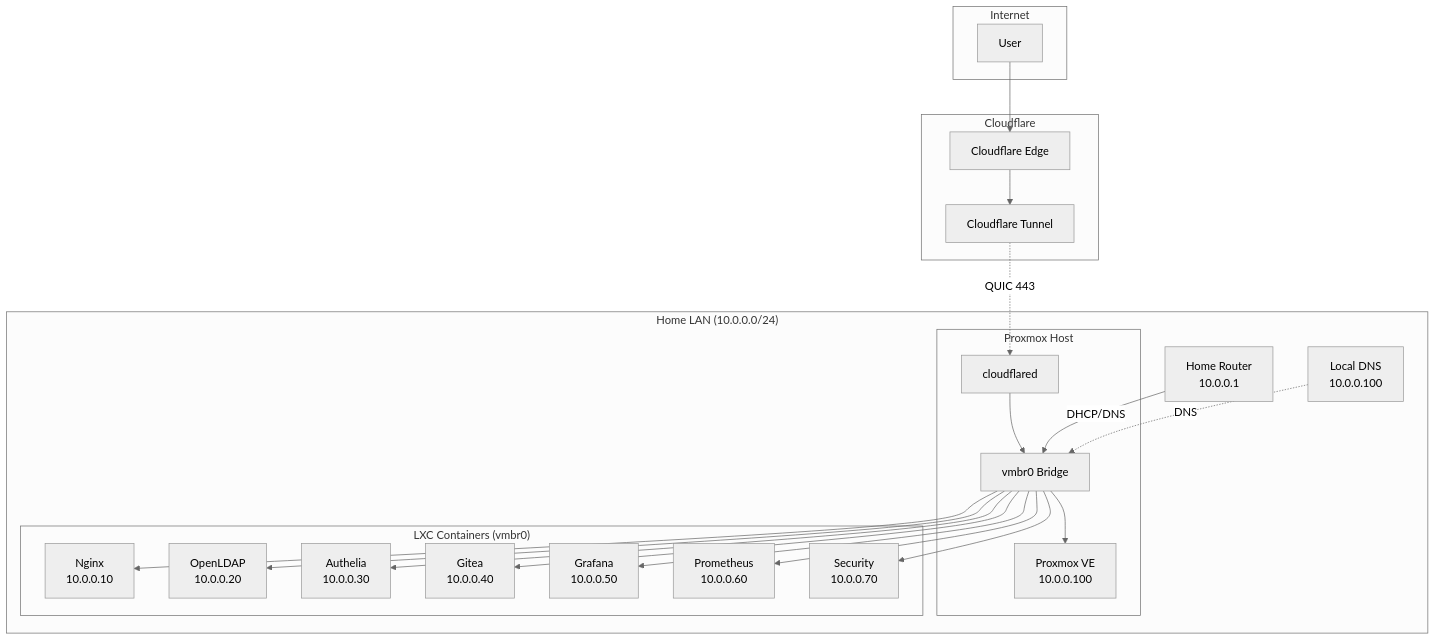
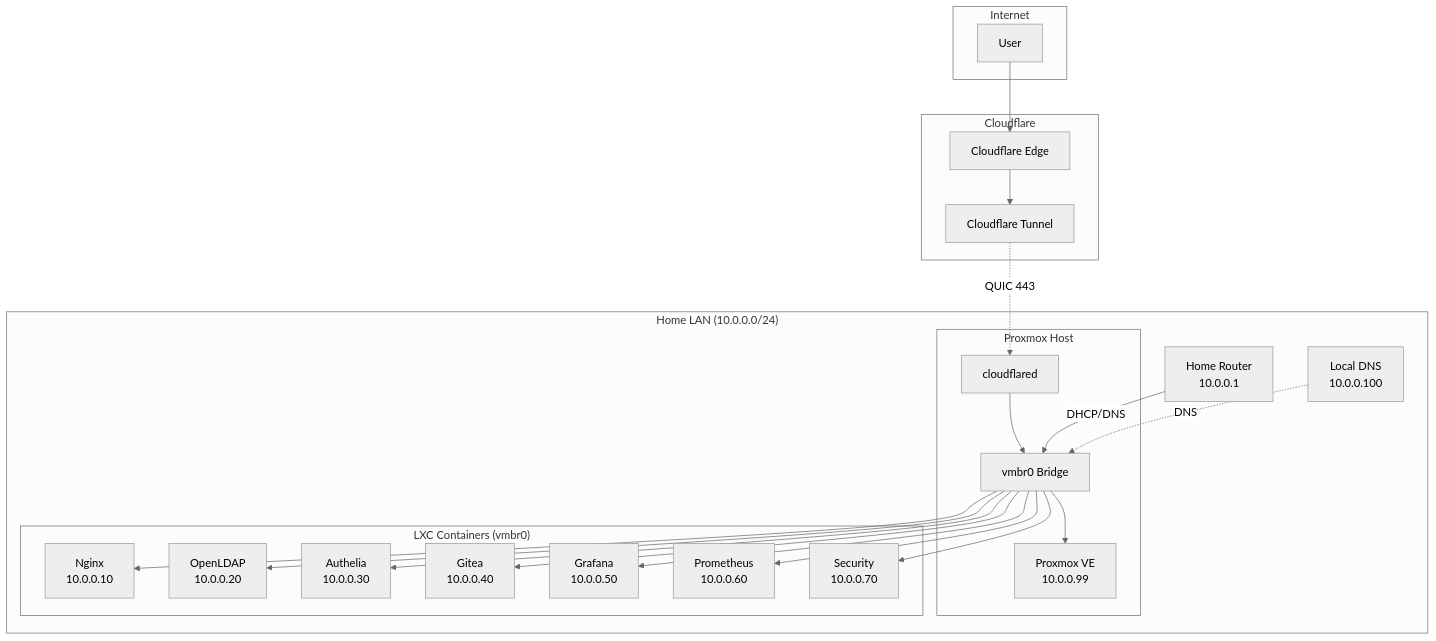
The diagram in docs/03-networking/network-design.md (dmaljkovic/proxmox-homelab), drawn with Mermaid (neutral theme) before and after one commit. The commit also changed other lines of this file and 5 other files, not shown here.

Commit message:
Fix Proxmox host IP to 10.0.0.99 (Pi-hole stays 10.0.0.100)

````diff
--- a/docs/03-networking/network-design.md
+++ b/docs/03-networking/network-design.md
@@ -5,47 +5,47 @@
 ```mermaid
 graph TB
     subgraph Internet
         User[User]
     end
     
     subgraph Cloudflare
         Edge[Cloudflare Edge]
         Tunnel[Cloudflare Tunnel]
     end
     
     subgraph "Home LAN (10.0.0.0/24)"
         Router[Home Router<br/>10.0.0.1]
         DNS[Local DNS<br/>10.0.0.100]
         
         subgraph "Proxmox Host"
-            Host[Proxmox VE<br/>10.0.0.100]
+            Host[Proxmox VE<br/>10.0.0.99]
             CF[cloudflared]
             vmbr0[vmbr0 Bridge]
         end
         
         subgraph "LXC Containers (vmbr0)"
             Nginx[Nginx<br/>10.0.0.10]
             LDAP[OpenLDAP<br/>10.0.0.20]
             Authelia[Authelia<br/>10.0.0.30]
             Gitea[Gitea<br/>10.0.0.40]
             Grafana[Grafana<br/>10.0.0.50]
             Prom[Prometheus<br/>10.0.0.60]
             Sec[Security<br/>10.0.0.70]
         end
     end
     
     User --> Edge
     Edge --> Tunnel
     Tunnel -.->|QUIC 443| CF
     CF --> vmbr0
     Router -->|DHCP/DNS| vmbr0
     DNS -.->|DNS| vmbr0
     vmbr0 --> Nginx
     vmbr0 --> LDAP
     vmbr0 --> Authelia
     vmbr0 --> Gitea
     vmbr0 --> Grafana
     vmbr0 --> Prom
     vmbr0 --> Sec
     vmbr0 --> Host
 ```
````
